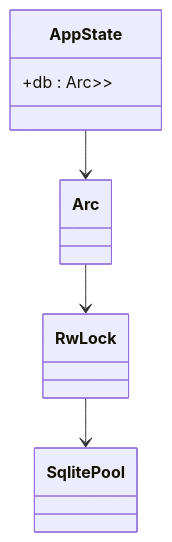
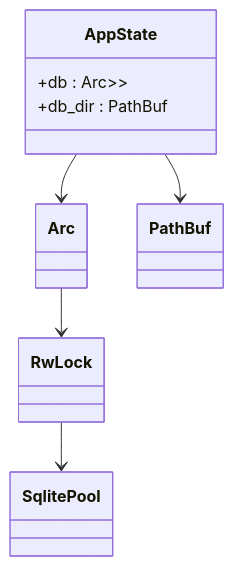
The third of 7 diagrams in .qoder/repowiki/en/content/Backend Development/State Management & Database Connection Pooling.md (sutanto1010/crablite), drawn with Mermaid before and after one commit. The commit also changed other lines of this file and 47 other files, not shown here.

````diff
--- a/.qoder/repowiki/en/content/Backend Development/State Management & Database Connection Pooling.md
+++ b/.qoder/repowiki/en/content/Backend Development/State Management & Database Connection Pooling.md
@@ -128,12 +146,15 @@
 ```mermaid
 classDiagram
 class AppState {
 +db : Arc<RwLock<Option<SqlitePool>>>
++db_dir : PathBuf
 }
 class SqlitePool
 class RwLock
 class Arc
+class PathBuf
 AppState --> Arc
+AppState --> PathBuf
 Arc --> RwLock
 RwLock --> SqlitePool
 ```
````
